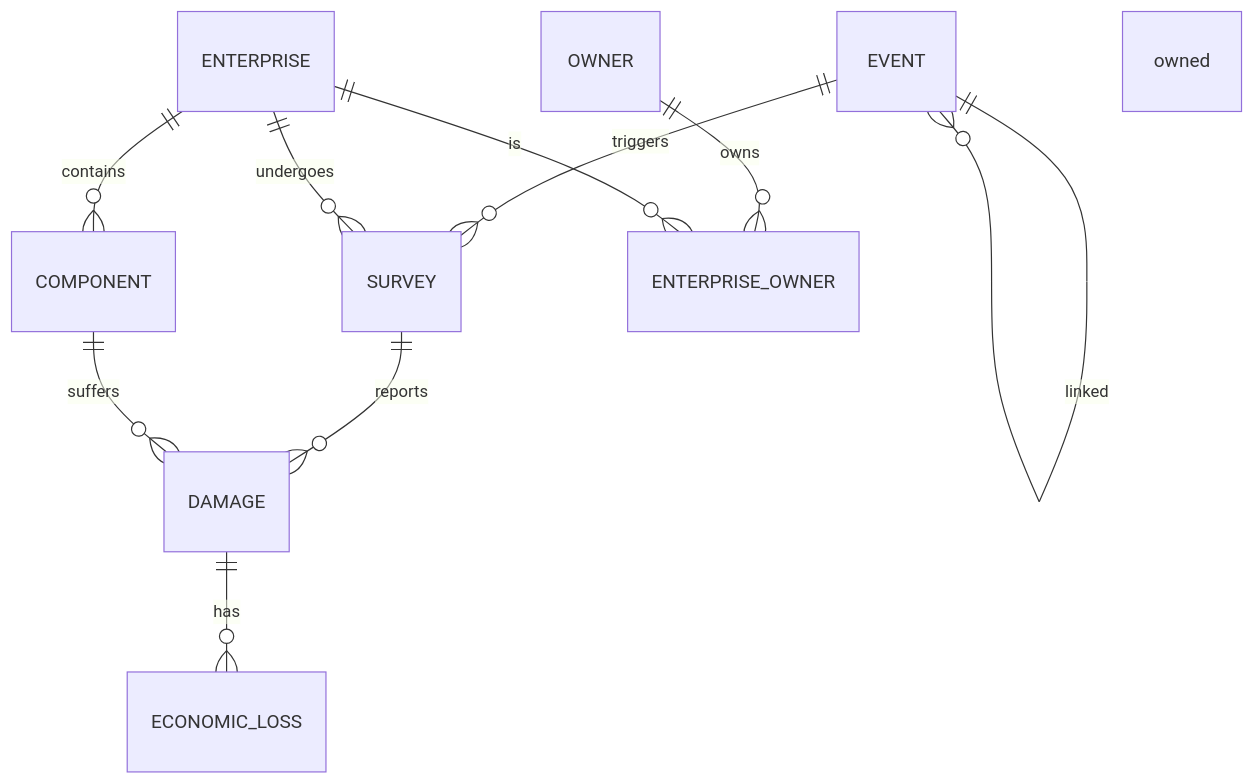
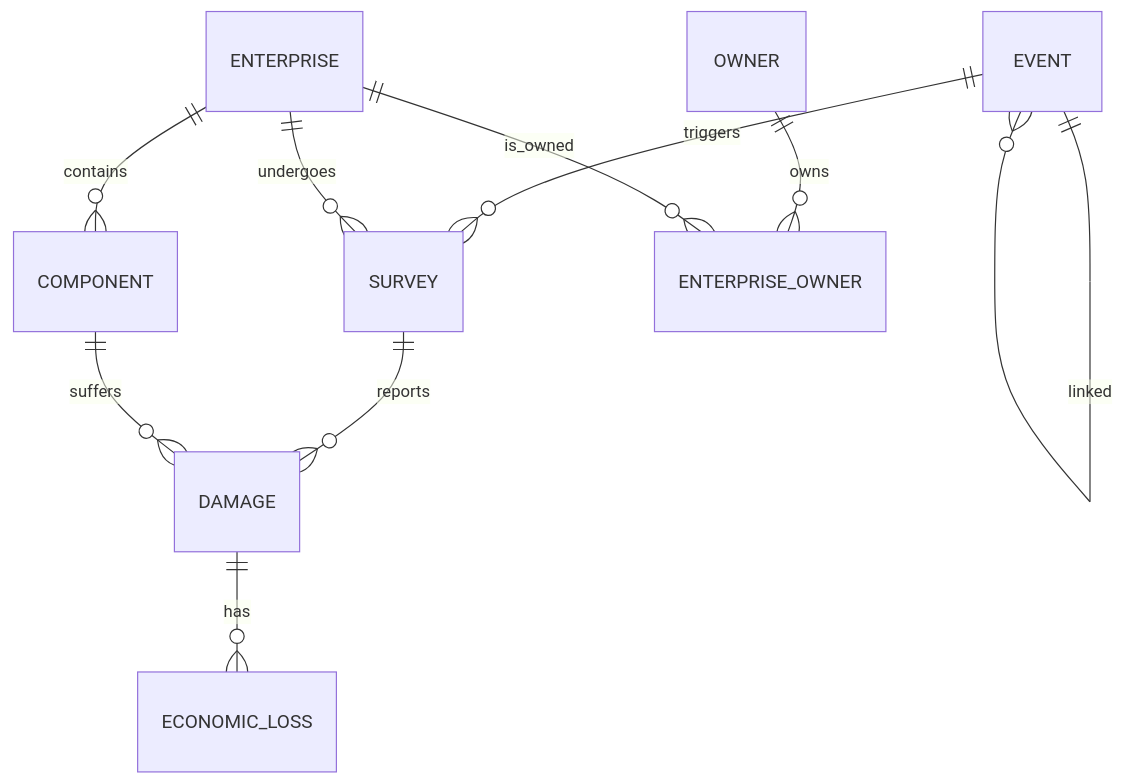
One commit to Tars4815/dictionary-demo changed the third of 3 diagrams in docs/schema_er.md. Above: the diagram before and after it, drawn with Mermaid. The commit also changed 1 other file, not shown here.

Commit message:
Add PDF documentation plugin
Configure MkDocs to generate PDFs with author and metadata, and fix the ER diagram relationship label for Enterprise ownership.

````diff
--- a/docs/schema_er.md
+++ b/docs/schema_er.md
@@ -63,13 +63,13 @@
 ```mermaid
 erDiagram
     EVENT ||--o{ SURVEY : triggers
     ENTERPRISE ||--o{ SURVEY : undergoes
     SURVEY ||--o{ DAMAGE : reports
     COMPONENT ||--o{ DAMAGE : suffers
     ENTERPRISE ||--o{ COMPONENT : contains
     EVENT ||--o{ EVENT : linked
     DAMAGE ||--o{ ECONOMIC_LOSS : has
     OWNER ||--o{ ENTERPRISE_OWNER : owns
-    ENTERPRISE ||--o{ ENTERPRISE_OWNER : is owned
+    ENTERPRISE ||--o{ ENTERPRISE_OWNER : is_owned
 
 ```
````
